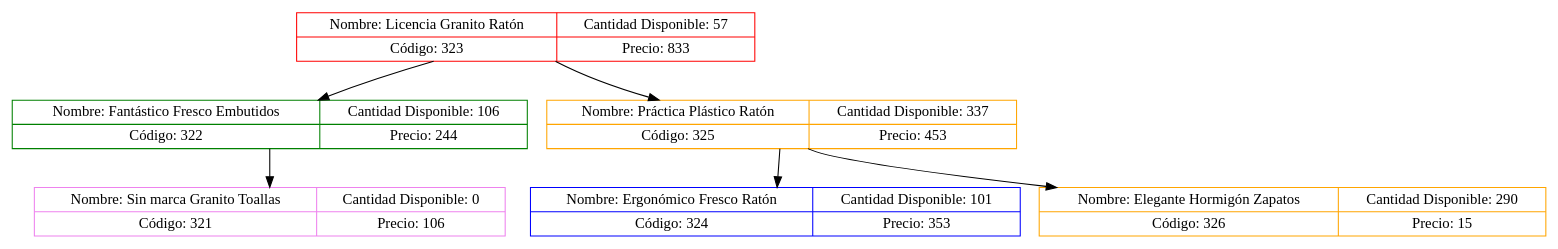
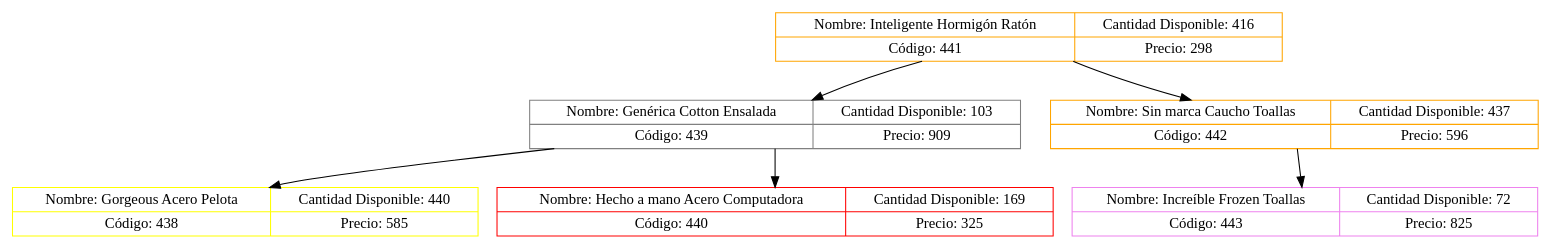
One commit to Daniel-Chicas/EDD_VirtualMall_201807079 changed the diagram in cliente/src/ImagenArbol/ArbolProductos.dot. Above: the diagram before and after it, drawn with Graphviz. The commit also changed 7 other files, not shown here.

```diff
--- a/cliente/src/ImagenArbol/ArbolProductos.dot
+++ b/cliente/src/ImagenArbol/ArbolProductos.dot
@@ -1,13 +1,13 @@
 digraph Arbol{node[shape="record"];
-node0xc000041bc0[label="{Nombre: Licencia Granito Ratón|Código: 323}|{Cantidad Disponible: 57|Precio: 833}" color="red"];
-node0xc000041b00[label="{Nombre: Fantástico Fresco Embutidos|Código: 322}|{Cantidad Disponible: 106|Precio: 244}" color="green"];
-node0xc000041bc0:f0->node0xc000041b00:f1
-node0xc000041c20[label="{Nombre: Sin marca Granito Toallas|Código: 321}|{Cantidad Disponible: 0|Precio: 106}" color="violet"];
-node0xc000041b00:f0->node0xc000041c20:f1
-node0xc000041a40[label="{Nombre: Práctica Plástico Ratón|Código: 325}|{Cantidad Disponible: 337|Precio: 453}" color="orange"];
-node0xc000041bc0:f2->node0xc000041a40:f1
-node0xc000041b60[label="{Nombre: Ergonómico Fresco Ratón|Código: 324}|{Cantidad Disponible: 101|Precio: 353}" color="blue"];
-node0xc000041a40:f0->node0xc000041b60:f1
-node0xc000041aa0[label="{Nombre: Elegante Hormigón Zapatos|Código: 326}|{Cantidad Disponible: 290|Precio: 15}" color="orange"];
-node0xc000041a40:f2->node0xc000041aa0:f1
+node0xc000041860[label="{Nombre: Inteligente Hormigón Ratón|Código: 441}|{Cantidad Disponible: 416|Precio: 298}" color="orange"];
+node0xc000041800[label="{Nombre: Genérica Cotton Ensalada|Código: 439}|{Cantidad Disponible: 103|Precio: 909}" color="gray"];
+node0xc000041860:f0->node0xc000041800:f1
+node0xc000041740[label="{Nombre: Gorgeous Acero Pelota|Código: 438}|{Cantidad Disponible: 440|Precio: 585}" color="yellow"];
+node0xc000041800:f0->node0xc000041740:f1
+node0xc000041920[label="{Nombre: Hecho a mano Acero Computadora|Código: 440}|{Cantidad Disponible: 169|Precio: 325}" color="red"];
+node0xc000041800:f2->node0xc000041920:f1
+node0xc0000417a0[label="{Nombre: Sin marca Caucho Toallas|Código: 442}|{Cantidad Disponible: 437|Precio: 596}" color="orange"];
+node0xc000041860:f2->node0xc0000417a0:f1
+node0xc0000418c0[label="{Nombre: Increíble Frozen Toallas|Código: 443}|{Cantidad Disponible: 72|Precio: 825}" color="violet"];
+node0xc0000417a0:f2->node0xc0000418c0:f1
 }
```
